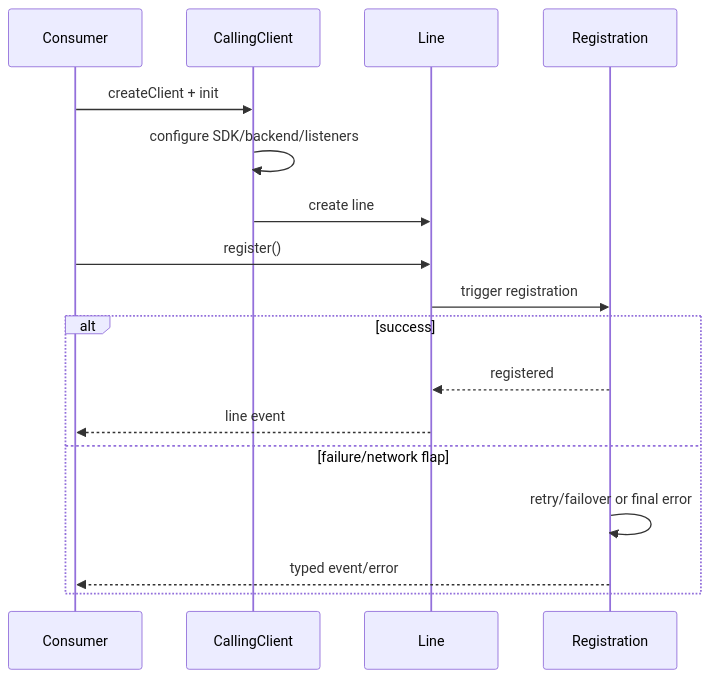
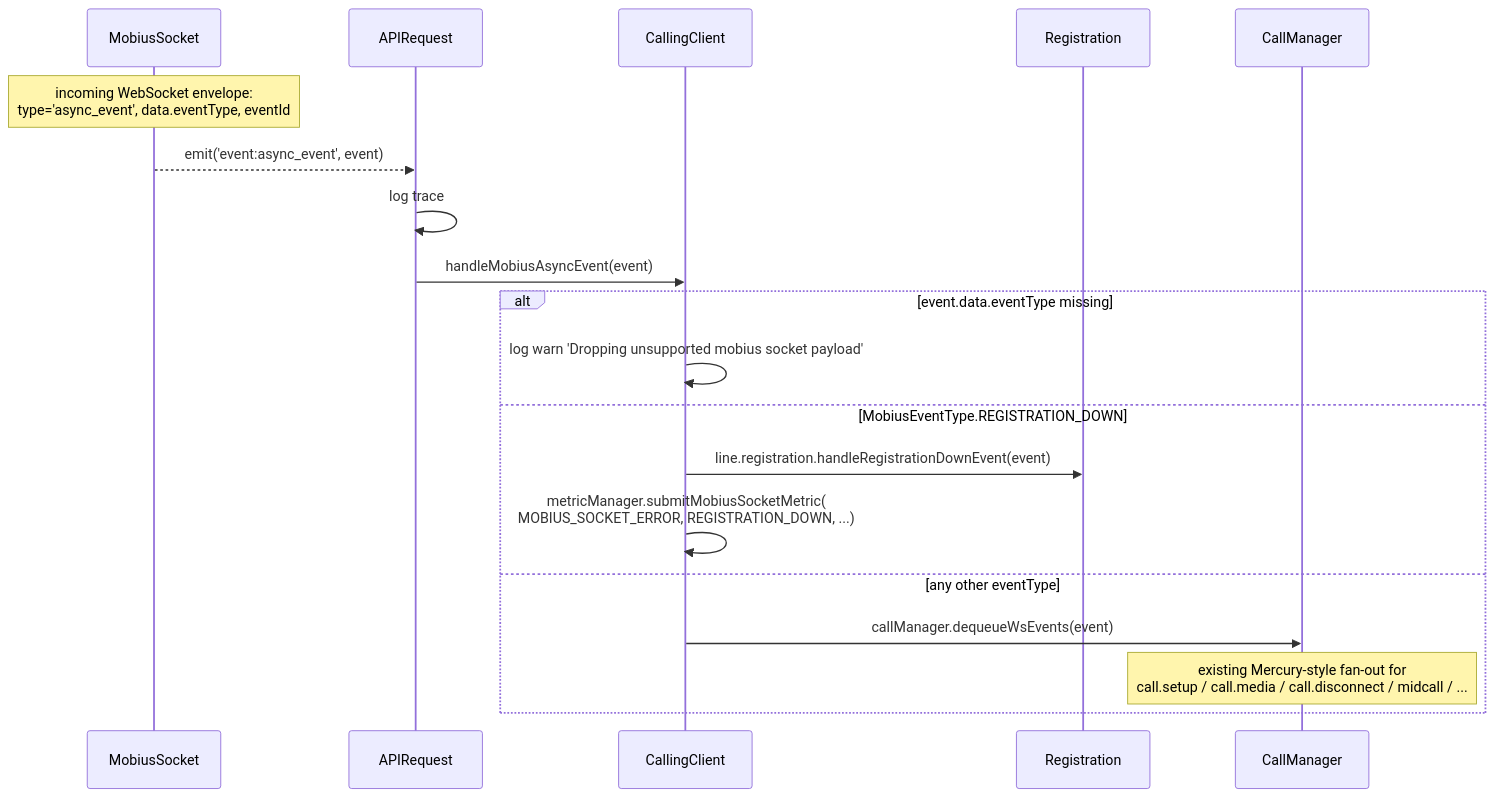
Before and after one commit to webex/webex-js-sdk: the sixth of 9 diagrams in packages/calling/src/CallingClient/ai-docs/calling-client-spec.md, drawn with Mermaid. The commit also changed other lines of this file and 59 other files, not shown here.

````diff
--- a/packages/calling/src/CallingClient/ai-docs/calling-client-spec.md
+++ b/packages/calling/src/CallingClient/ai-docs/calling-client-spec.md
@@ -84,19 +719,24 @@
 ```mermaid
 sequenceDiagram
- participant C as Consumer
- participant CC as CallingClient
- participant L as Line
- participant R as Registration
- C->>CC: createClient + init
- CC->>CC: configure SDK/backend/listeners
- CC->>L: create line
- C->>L: register()
- L->>R: trigger registration
- alt success
-  R-->>L: registered
-  L-->>C: line event
- else failure/network flap
-  R->>R: retry/failover or final error
-  R-->>C: typed event/error
- end
+    participant MS as MobiusSocket
+    participant API as APIRequest
+    participant CC as CallingClient
+    participant Reg as Registration
+    participant CM as CallManager
+
+    Note over MS: incoming WebSocket envelope:<br/>type='async_event', data.eventType, eventId
+
+    MS-->>API: emit('event:async_event', event)
+    API->>API: log trace
+    API->>CC: handleMobiusAsyncEvent(event)
+
+    alt event.data.eventType missing
+        CC->>CC: log warn 'Dropping unsupported mobius socket payload'
+    else MobiusEventType.REGISTRATION_DOWN
+        CC->>Reg: line.registration.handleRegistrationDownEvent(event)
+        CC->>CC: metricManager.submitMobiusSocketMetric(<br/>MOBIUS_SOCKET_ERROR, REGISTRATION_DOWN, ...)
+    else any other eventType
+        CC->>CM: callManager.dequeueWsEvents(event)
+        Note over CM: existing Mercury-style fan-out for<br/>call.setup / call.media / call.disconnect / midcall / ...
+    end
 ```
````
